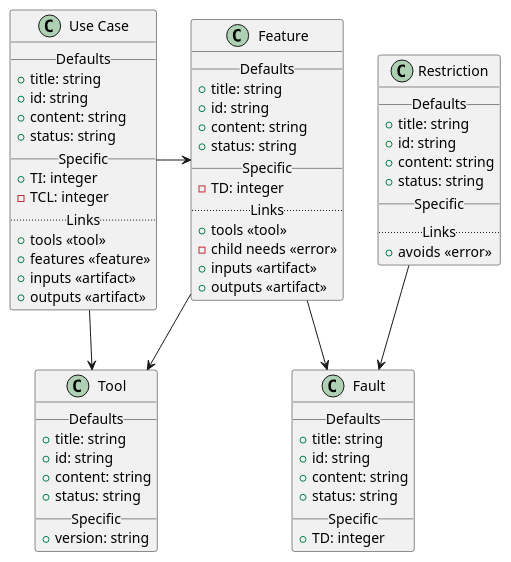
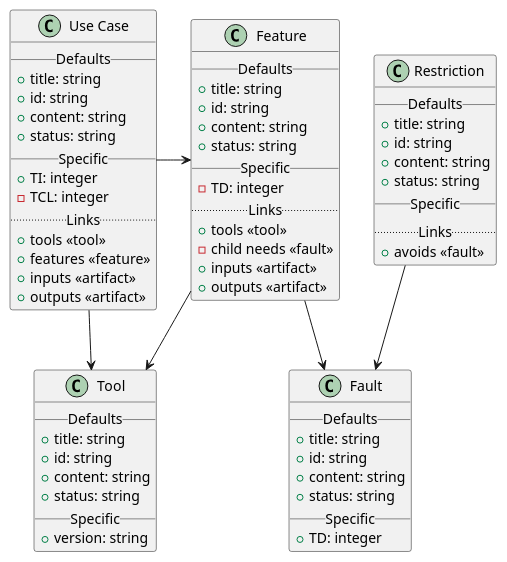
One commit to useblocks/sphinx-safety changed the diagram in usage/contribute.rst. Above: the diagram before and after it, drawn with PlantUML. The commit also changed other lines of this file and 12 other files, not shown here.

First line of the commit message:
🔧 Rename Error→Fault in labels and prose

```diff
--- a/usage/contribute.rst
+++ b/usage/contribute.rst
@@ -47,69 +47,69 @@
 .. uml::
 
    class "Use Case" as uc {
       __Defaults__
       +title: string
       +id: string
       +content: string
       +status: string
       __Specific__
       +TI: integer
       -TCL: integer
       ..Links..
       +tools <<tool>>
       +features <<feature>>
       +inputs <<artifact>>
       +outputs <<artifact>>
    }
 
    class "Tool" as to {
       __Defaults__
       +title: string
       +id: string
       +content: string
       +status: string
       __Specific__
       +version: string
    }
 
    class "Feature" as fe {
       __Defaults__
       +title: string
       +id: string
       +content: string
       +status: string
       __Specific__
       -TD: integer
       ..Links..
       +tools <<tool>>
-      -child needs <<error>>
+      -child needs <<fault>>
       +inputs <<artifact>>
       +outputs <<artifact>>
    }
 
    class "Fault" as er {
       __Defaults__
       +title: string
       +id: string
       +content: string
       +status: string
       __Specific__
       +TD: integer
    }
 
    class "Restriction" as re {
       __Defaults__
       +title: string
       +id: string
       +content: string
       +status: string
       __Specific__
       ..Links..
-      +avoids <<error>>
+      +avoids <<fault>>
    }
 
    uc -> fe
    fe --> er
    re --> er
    uc --> to
    fe --> to
```
